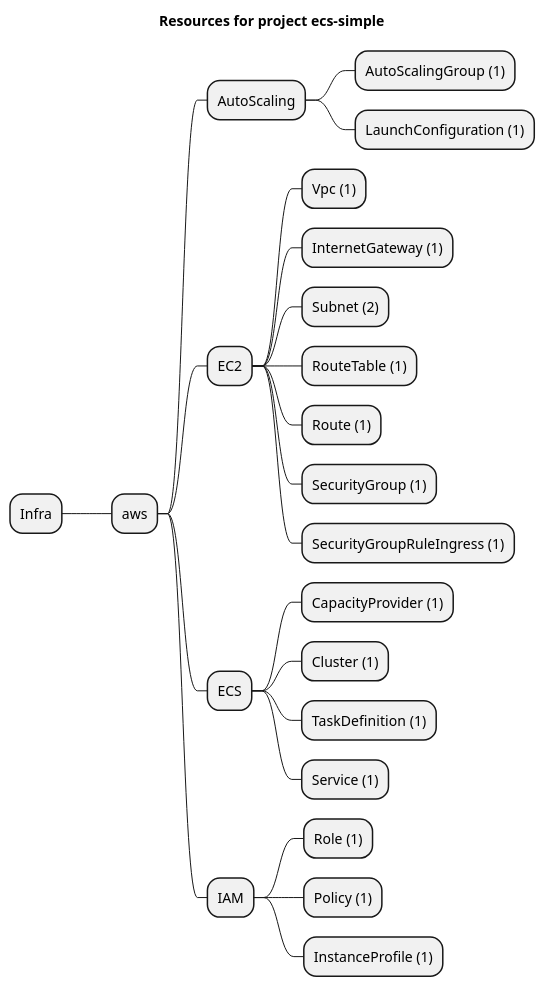
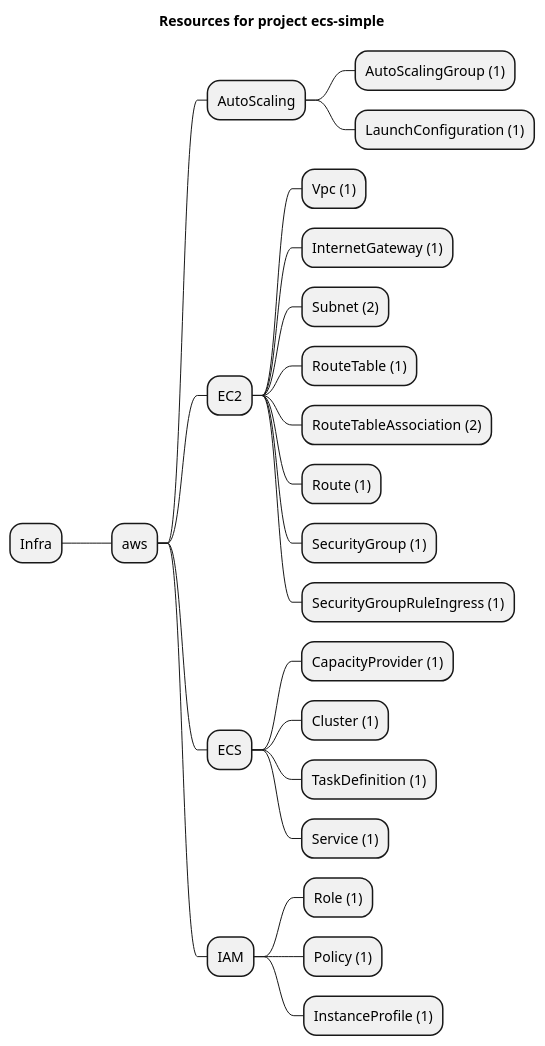
Before and after one commit to grucloud/grucloud: the diagram in examples/aws/ecs/ecs-simple/artifacts/resources-mindmap.puml, drawn with PlantUML. The commit also changed 70 other files, not shown here.

Commit message:
EC2RouteTableAssociation

```diff
--- a/examples/aws/ecs/ecs-simple/artifacts/resources-mindmap.puml
+++ b/examples/aws/ecs/ecs-simple/artifacts/resources-mindmap.puml
@@ -1,26 +1,27 @@
 @startmindmap
 title Resources for project ecs-simple
 skinparam monochrome true
 + Infra
 ++ aws
 +++ AutoScaling
 ++++ AutoScalingGroup (1)
 ++++ LaunchConfiguration (1)
 +++ EC2
 ++++ Vpc (1)
 ++++ InternetGateway (1)
 ++++ Subnet (2)
 ++++ RouteTable (1)
+++++ RouteTableAssociation (2)
 ++++ Route (1)
 ++++ SecurityGroup (1)
 ++++ SecurityGroupRuleIngress (1)
 +++ ECS
 ++++ CapacityProvider (1)
 ++++ Cluster (1)
 ++++ TaskDefinition (1)
 ++++ Service (1)
 +++ IAM
 ++++ Role (1)
 ++++ Policy (1)
 ++++ InstanceProfile (1)
 @endmindmap
```
